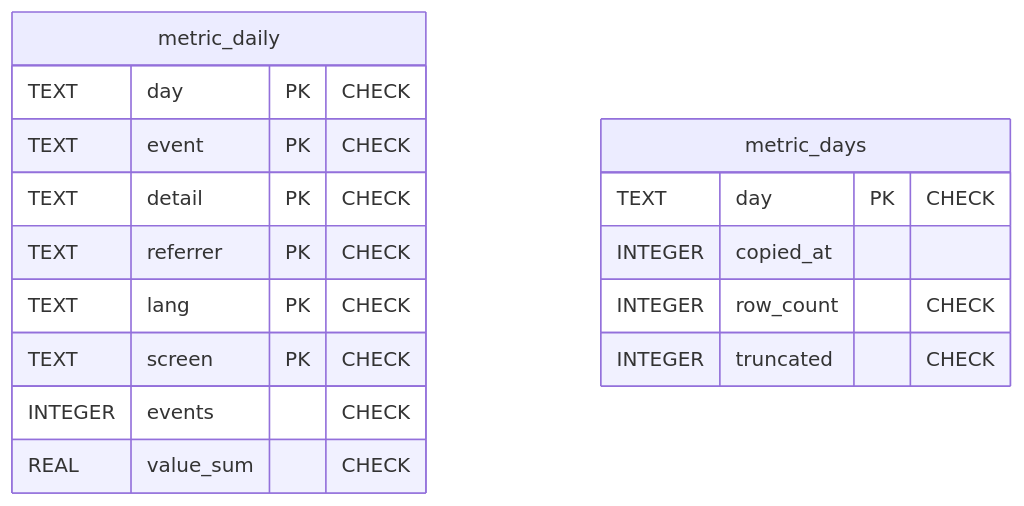
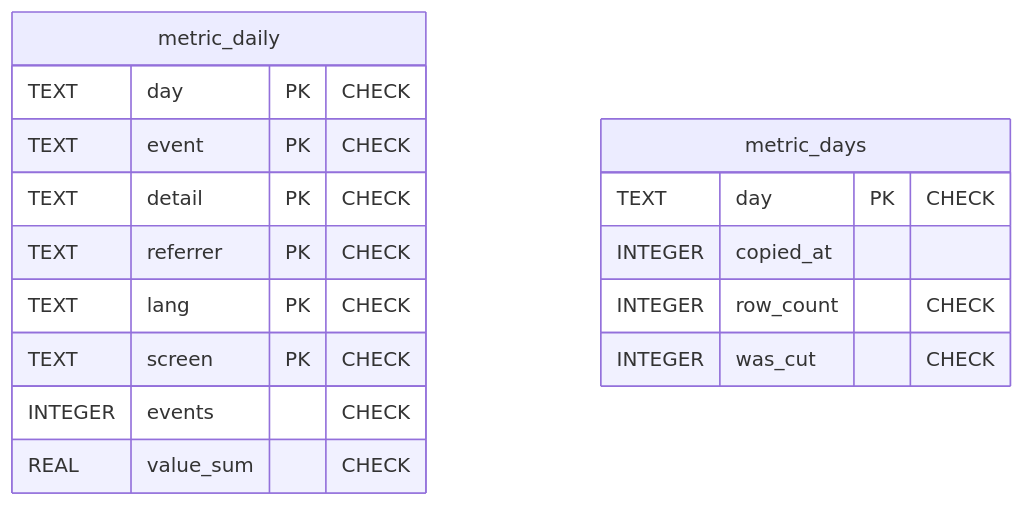
Diagram 14 of 15 in docs/dev/er-diagram.md (piconic-ai/slide), drawn with Mermaid before and after one commit. The commit also changed 5 other files, not shown here.

Commit message:
Name the cut flag so that the migration check does not read it as a truncate

````diff
--- a/docs/dev/er-diagram.md
+++ b/docs/dev/er-diagram.md
@@ -616,19 +616,19 @@
 ```mermaid
 erDiagram
     metric_daily {
         TEXT day PK "CHECK"
         TEXT event PK "CHECK"
         TEXT detail PK "CHECK"
         TEXT referrer PK "CHECK"
         TEXT lang PK "CHECK"
         TEXT screen PK "CHECK"
         INTEGER events "CHECK"
         REAL value_sum "CHECK"
     }
     metric_days {
         TEXT day PK "CHECK"
         INTEGER copied_at
         INTEGER row_count "CHECK"
-        INTEGER truncated "CHECK"
+        INTEGER was_cut "CHECK"
     }
 ```
````
